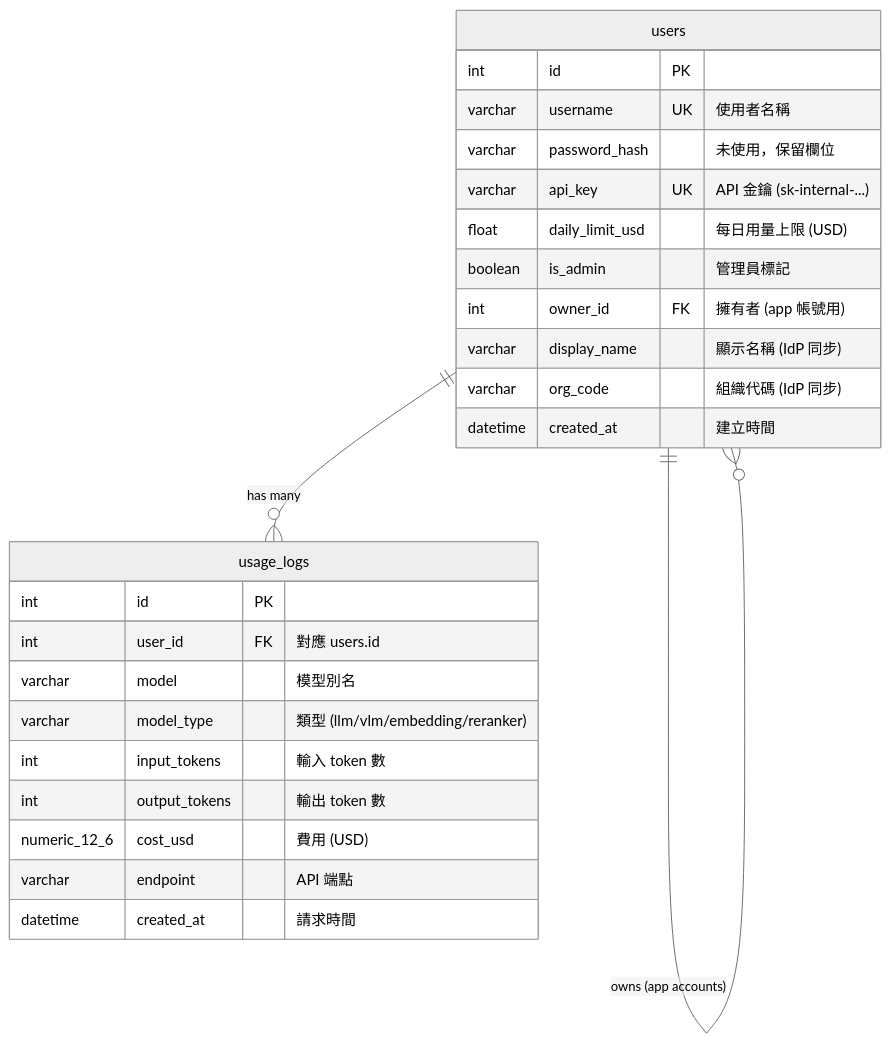
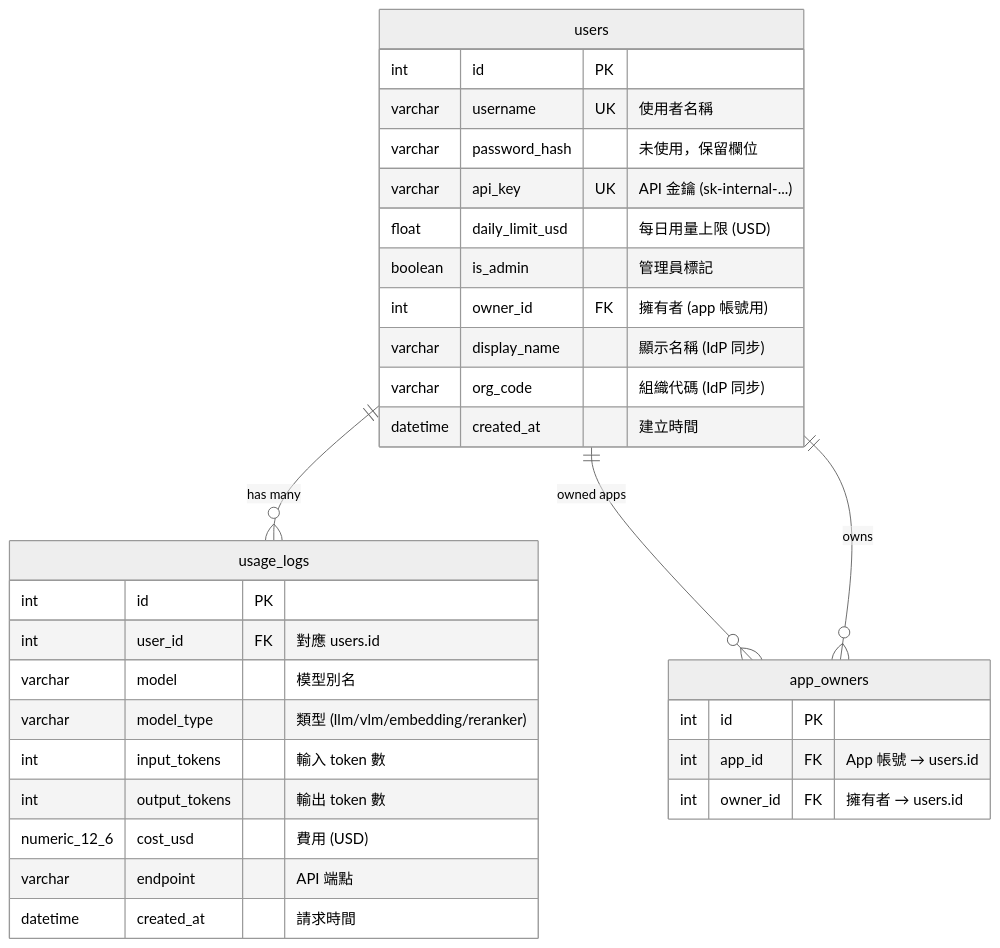
The diagram in alembic/README.md (bwinken/llm-gateway), drawn with Mermaid (neutral theme) before and after one commit. The commit also changed other lines of this file and 5 other files, not shown here.

````diff
--- a/alembic/README.md
+++ b/alembic/README.md
@@ -67,30 +73,37 @@
 ```mermaid
 erDiagram
     users {
         int id PK
         varchar username UK "使用者名稱"
         varchar password_hash "未使用，保留欄位"
         varchar api_key UK "API 金鑰 (sk-internal-...)"
         float daily_limit_usd "每日用量上限 (USD)"
         boolean is_admin "管理員標記"
         int owner_id FK "擁有者 (app 帳號用)"
         varchar display_name "顯示名稱 (IdP 同步)"
         varchar org_code "組織代碼 (IdP 同步)"
         datetime created_at "建立時間"
     }
 
     usage_logs {
         int id PK
         int user_id FK "對應 users.id"
         varchar model "模型別名"
         varchar model_type "類型 (llm/vlm/embedding/reranker)"
         int input_tokens "輸入 token 數"
         int output_tokens "輸出 token 數"
         numeric_12_6 cost_usd "費用 (USD)"
         varchar endpoint "API 端點"
         datetime created_at "請求時間"
     }
 
+    app_owners {
+        int id PK
+        int app_id FK "App 帳號 → users.id"
+        int owner_id FK "擁有者 → users.id"
+    }
+
     users ||--o{ usage_logs : "has many"
-    users ||--o{ users : "owns (app accounts)"
+    users ||--o{ app_owners : "owned apps"
+    users ||--o{ app_owners : "owns"
 ```
````
